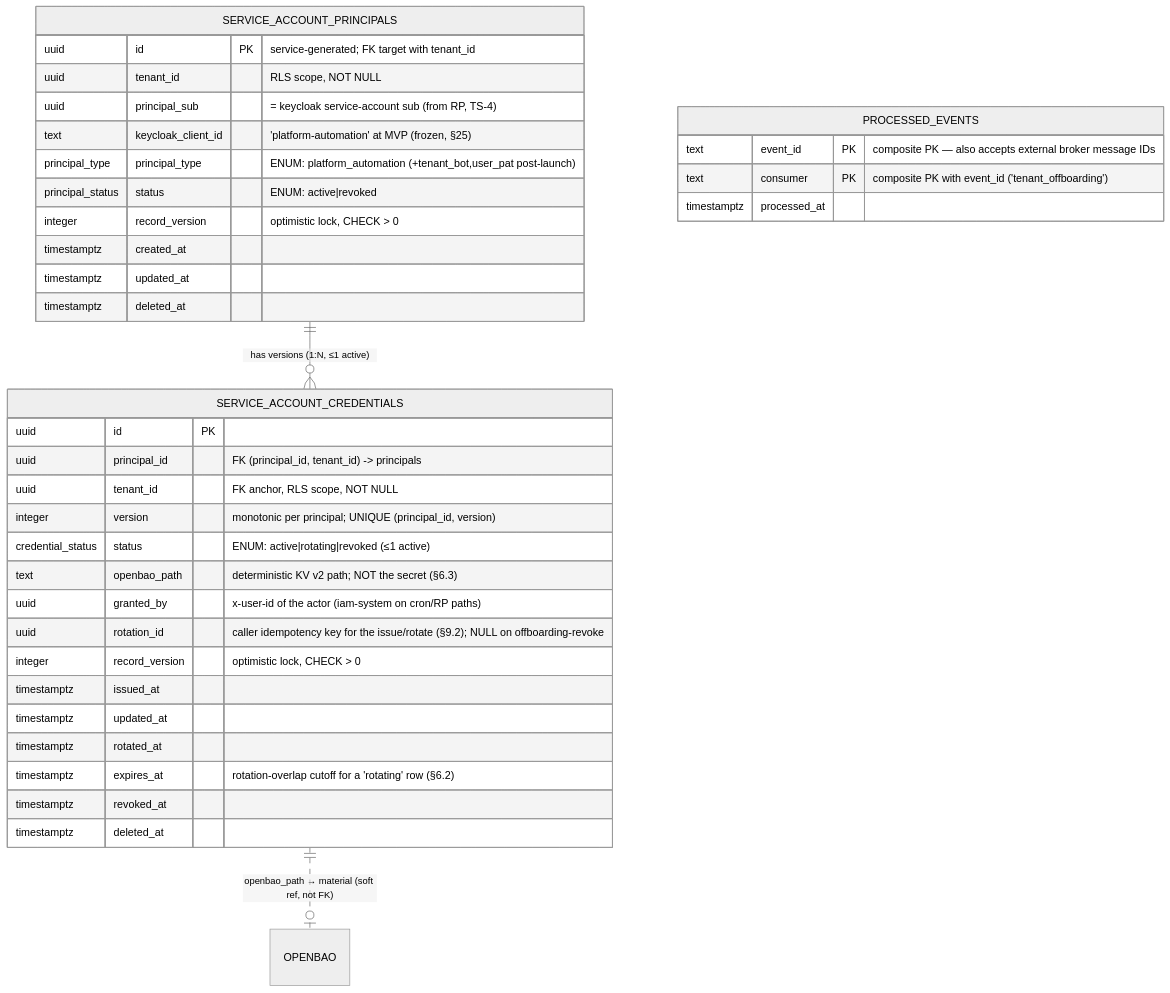
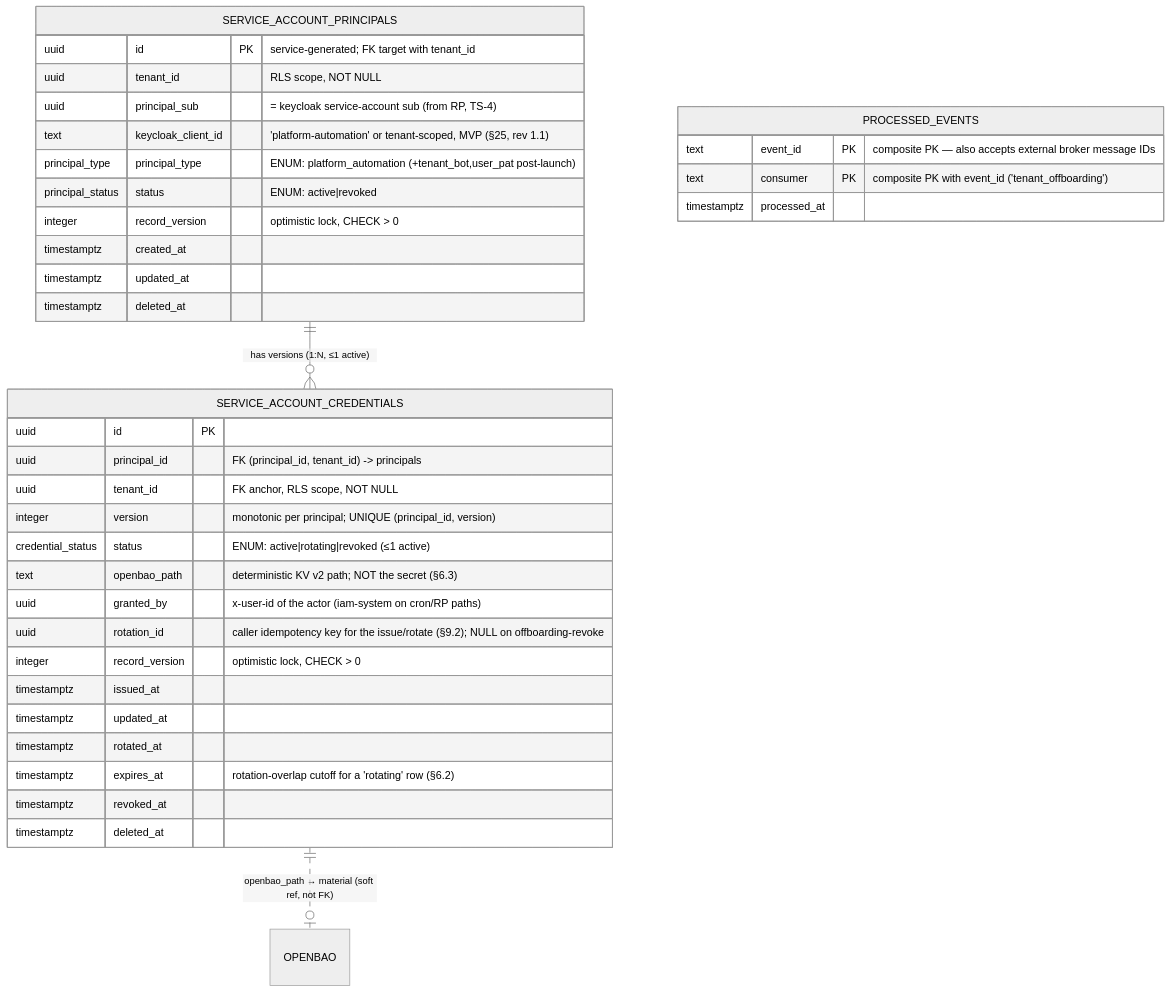
The second of 4 diagrams in docs/iam-lld-token-service.md (BCBP-SOLUTIONS-FZC-LLC/iam-token-service), drawn with Mermaid (neutral theme) before and after one commit. The commit also changed other lines of this file and 94 other files, not shown here.

````diff
--- a/docs/iam-lld-token-service.md
+++ b/docs/iam-lld-token-service.md
@@ -356,42 +367,42 @@
 ```mermaid
 erDiagram
     SERVICE_ACCOUNT_PRINCIPALS ||--o{ SERVICE_ACCOUNT_CREDENTIALS : "has versions (1:N, ≤1 active)"
     SERVICE_ACCOUNT_CREDENTIALS ||..o| OPENBAO : "openbao_path → material (soft ref, not FK)"
 
     SERVICE_ACCOUNT_PRINCIPALS {
         uuid id PK "service-generated; FK target with tenant_id"
         uuid tenant_id "RLS scope, NOT NULL"
         uuid principal_sub "= keycloak service-account sub (from RP, TS-4)"
-        text keycloak_client_id "'platform-automation' at MVP (frozen, §25)"
+        text keycloak_client_id "'platform-automation' or tenant-scoped, MVP (§25, rev 1.1)"
         principal_type principal_type "ENUM: platform_automation (+tenant_bot,user_pat post-launch)"
         principal_status status "ENUM: active|revoked"
         integer record_version "optimistic lock, CHECK > 0"
         timestamptz created_at
         timestamptz updated_at
         timestamptz deleted_at
     }
 
     SERVICE_ACCOUNT_CREDENTIALS {
         uuid id PK
         uuid principal_id "FK (principal_id, tenant_id) -> principals"
         uuid tenant_id "FK anchor, RLS scope, NOT NULL"
         integer version "monotonic per principal; UNIQUE (principal_id, version)"
         credential_status status "ENUM: active|rotating|revoked (≤1 active)"
         text openbao_path "deterministic KV v2 path; NOT the secret (§6.3)"
         uuid granted_by "x-user-id of the actor (iam-system on cron/RP paths)"
         uuid rotation_id "caller idempotency key for the issue/rotate (§9.2); NULL on offboarding-revoke"
         integer record_version "optimistic lock, CHECK > 0"
         timestamptz issued_at
         timestamptz updated_at
         timestamptz rotated_at
         timestamptz expires_at "rotation-overlap cutoff for a 'rotating' row (§6.2)"
         timestamptz revoked_at
         timestamptz deleted_at
     }
 
     PROCESSED_EVENTS {
         text event_id PK "composite PK — also accepts external broker message IDs"
         text consumer PK "composite PK with event_id ('tenant_offboarding')"
         timestamptz processed_at
     }
 ```
````
